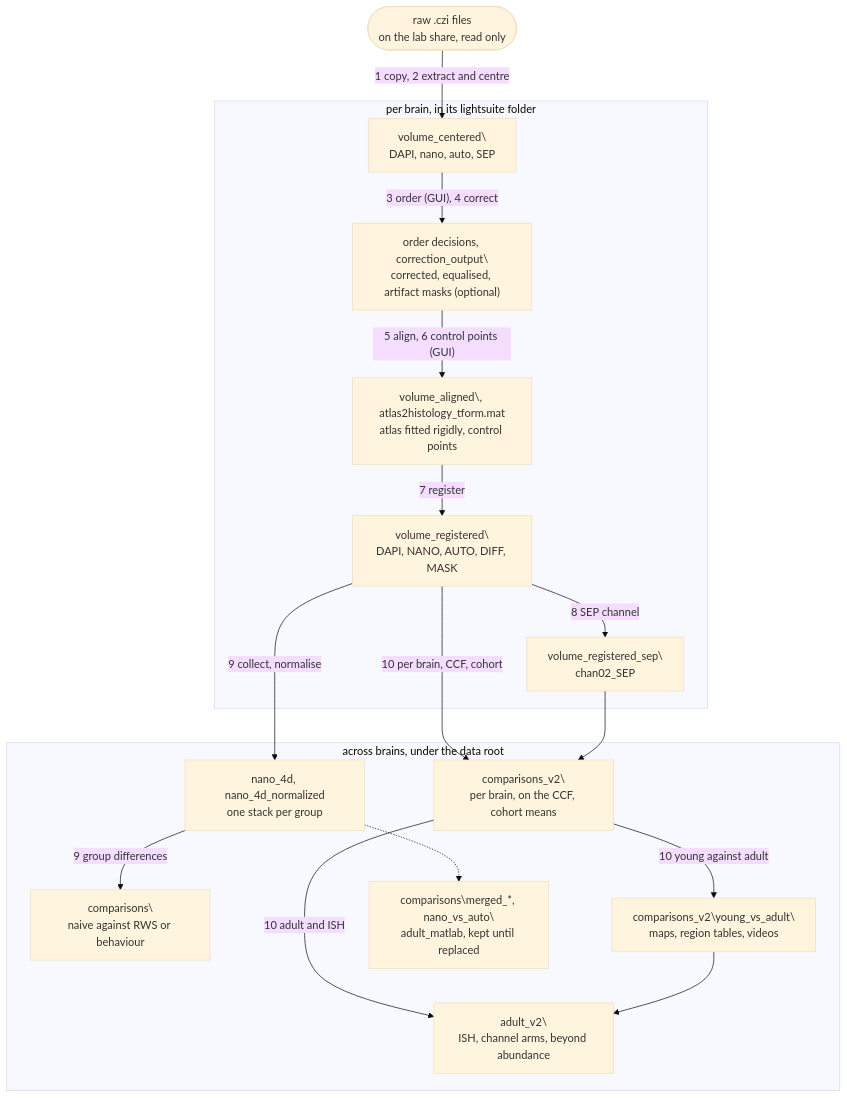
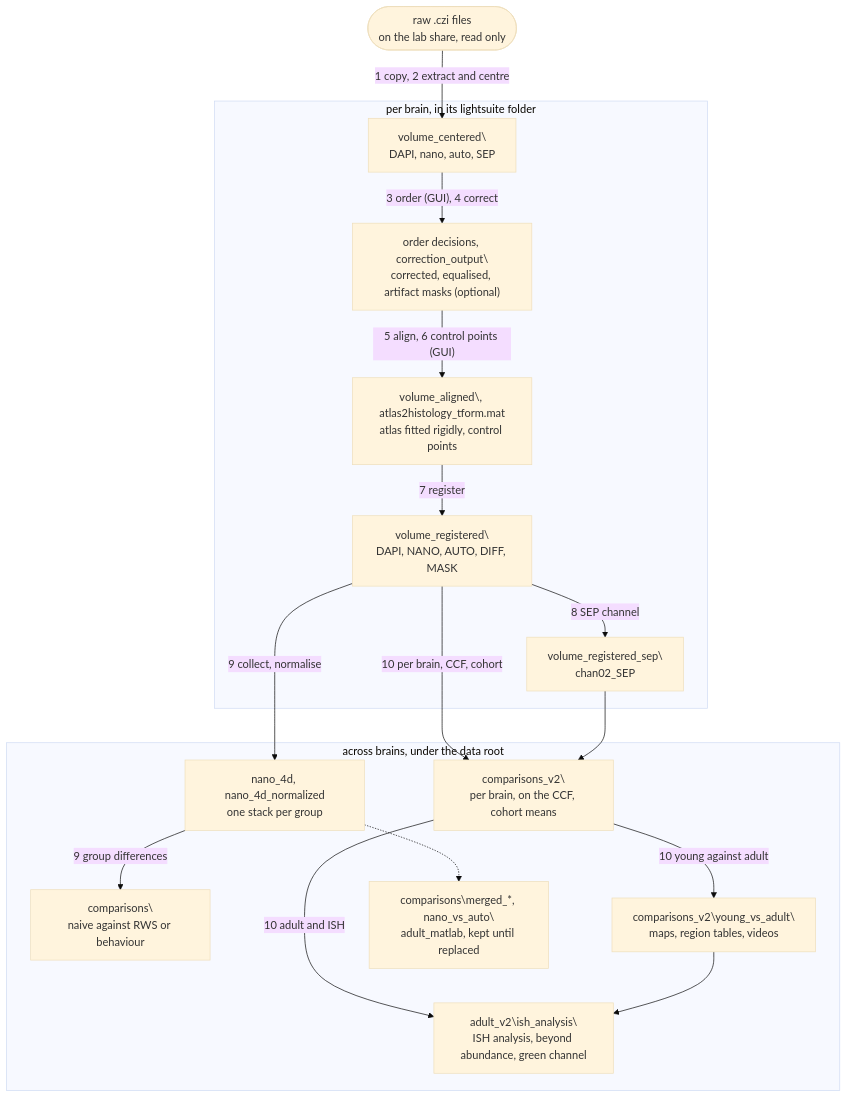
The diagram in README.md (gmatteuc/SEPGluA1_nanobody), drawn with Mermaid (base theme) before and after one commit. The commit also changed other lines of this file and 8 other files, not shown here.

First line of the commit message:
ISH documents: the analysis step by step, with its figures and numbers

````diff
--- a/README.md
+++ b/README.md
@@ -94,32 +94,32 @@
 ```mermaid
 flowchart TD
     raw(["raw .czi files<br/>on the lab share, read only"])
     subgraph brain ["per brain, in its lightsuite folder"]
         centred["volume_centered\<br/>DAPI, nano, auto, SEP"]
         corr["order decisions, correction_output\<br/>corrected, equalised, artifact masks (optional)"]
         cps["volume_aligned\, atlas2histology_tform.mat<br/>atlas fitted rigidly, control points"]
         reg["volume_registered\<br/>DAPI, NANO, AUTO, DIFF, MASK"]
         sep["volume_registered_sep\<br/>chan02_SEP"]
     end
     subgraph across ["across brains, under the data root"]
         stacks["nano_4d, nano_4d_normalized<br/>one stack per group"]
         comp["comparisons\<br/>naive against RWS or behaviour"]
         vols["comparisons_v2\<br/>per brain, on the CCF, cohort means"]
         yva["comparisons_v2\young_vs_adult\<br/>maps, region tables, videos"]
-        adult["adult_v2\<br/>ISH, channel arms, beyond abundance"]
+        adult["adult_v2\ish_analysis\<br/>ISH analysis, beyond abundance, green channel"]
         old["comparisons\merged_*, nano_vs_auto\<br/>adult_matlab, kept until replaced"]
     end
     raw -->|"1 copy, 2 extract and centre"| centred
     centred -->|"3 order (GUI), 4 correct"| corr
     corr -->|"5 align, 6 control points (GUI)"| cps
     cps -->|"7 register"| reg
     reg -->|"8 SEP channel"| sep
     reg -->|"9 collect, normalise"| stacks
     stacks -->|"9 group differences"| comp
     stacks -.-> old
     reg -->|"10 per brain, CCF, cohort"| vols
     sep --> vols
     vols -->|"10 young against adult"| yva
     vols -->|"10 adult and ISH"| adult
     yva --> adult
 ```
````
